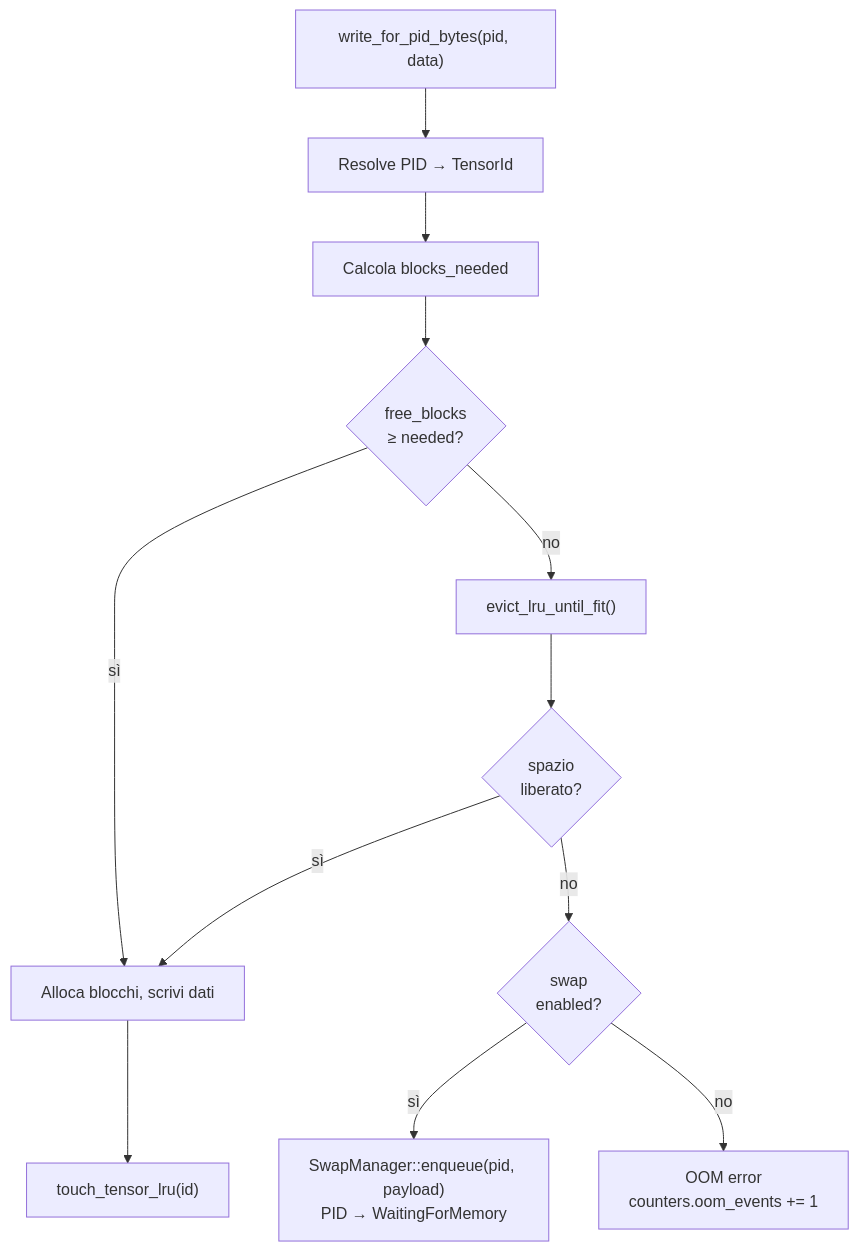
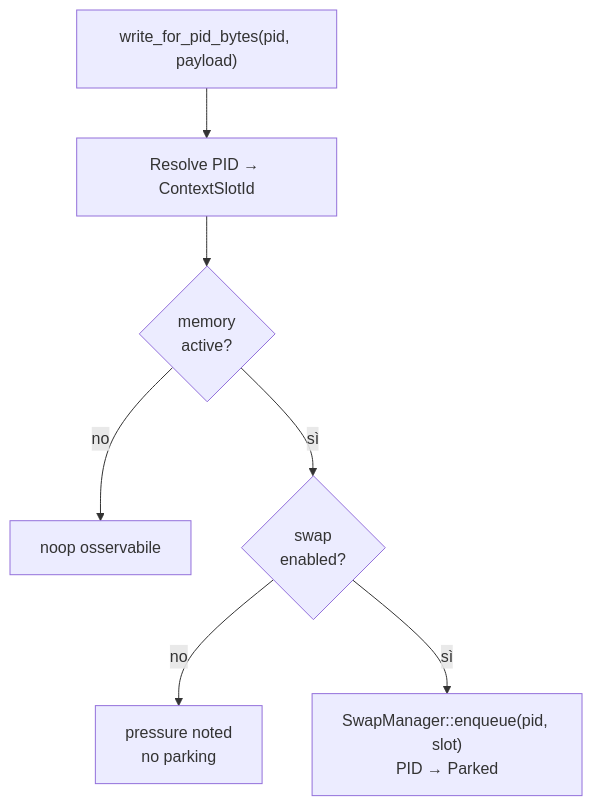
The sixth of 10 diagrams in ARCHITECTURE.md (Bernuz2003/AgenticOS), drawn with Mermaid before and after one commit. The commit also changed other lines of this file and 58 other files, not shown here.

````diff
--- a/ARCHITECTURE.md
+++ b/ARCHITECTURE.md
@@ -428,14 +416,9 @@
 ```mermaid
 flowchart TD
-    WRITE["write_for_pid_bytes(pid, data)"] --> RESOLVE["Resolve PID → TensorId"]
-    RESOLVE --> CALC["Calcola blocks_needed"]
-    CALC --> CHECK{free_blocks<br/>≥ needed?}
-    CHECK -->|sì| ALLOC["Alloca blocchi, scrivi dati"]
-    CHECK -->|no| EVICT["evict_lru_until_fit()"]
-    EVICT --> RECHECK{spazio<br/>liberato?}
-    RECHECK -->|sì| ALLOC
-    RECHECK -->|no| SWAP{swap<br/>enabled?}
-    SWAP -->|sì| ENQUEUE["SwapManager::enqueue(pid, payload)<br/>PID → WaitingForMemory"]
-    SWAP -->|no| OOM["OOM error<br/>counters.oom_events += 1"]
-    ALLOC --> TOUCH["touch_tensor_lru(id)"]
+    WRITE["write_for_pid_bytes(pid, payload)"] --> RESOLVE["Resolve PID → ContextSlotId"]
+    RESOLVE --> ACTIVE{memory<br/>active?}
+    ACTIVE -->|no| SKIP["noop osservabile"]
+    ACTIVE -->|sì| SWAP{swap<br/>enabled?}
+    SWAP -->|no| NOTE["pressure noted<br/>no parking"]
+    SWAP -->|sì| ENQUEUE["SwapManager::enqueue(pid, slot)<br/>PID → Parked"]
 ```
````
